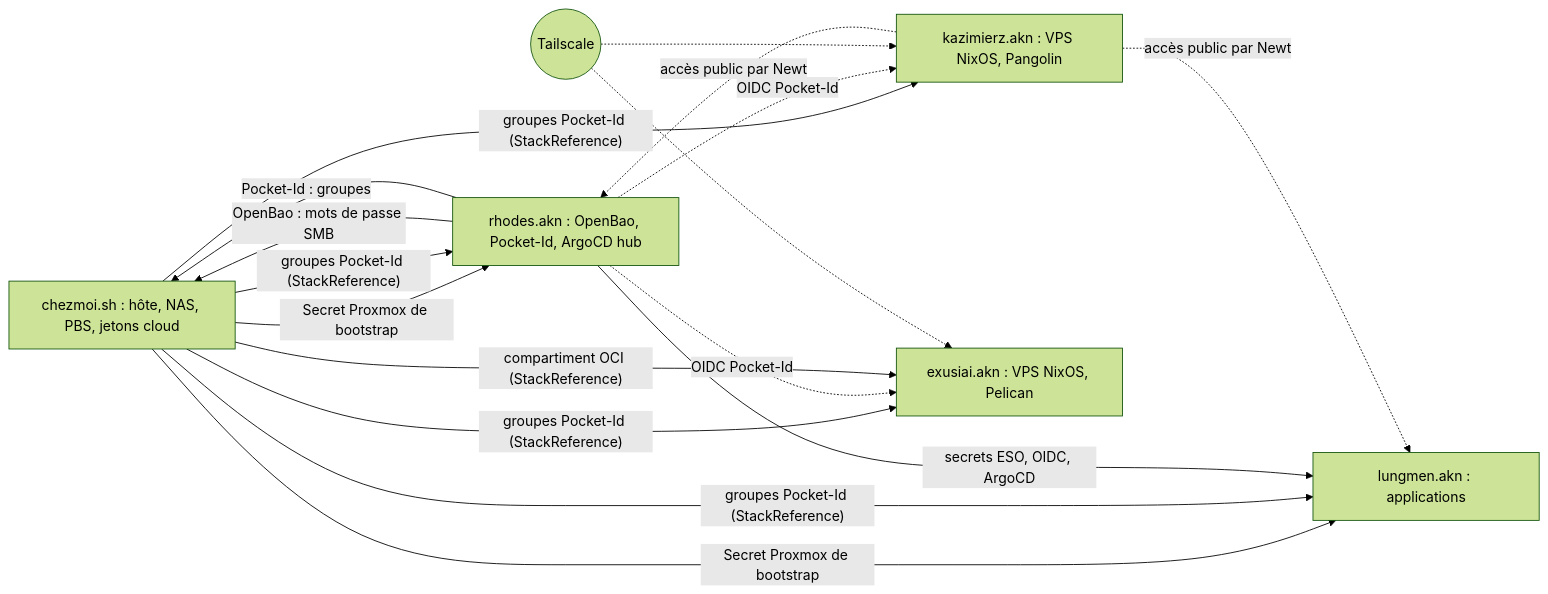
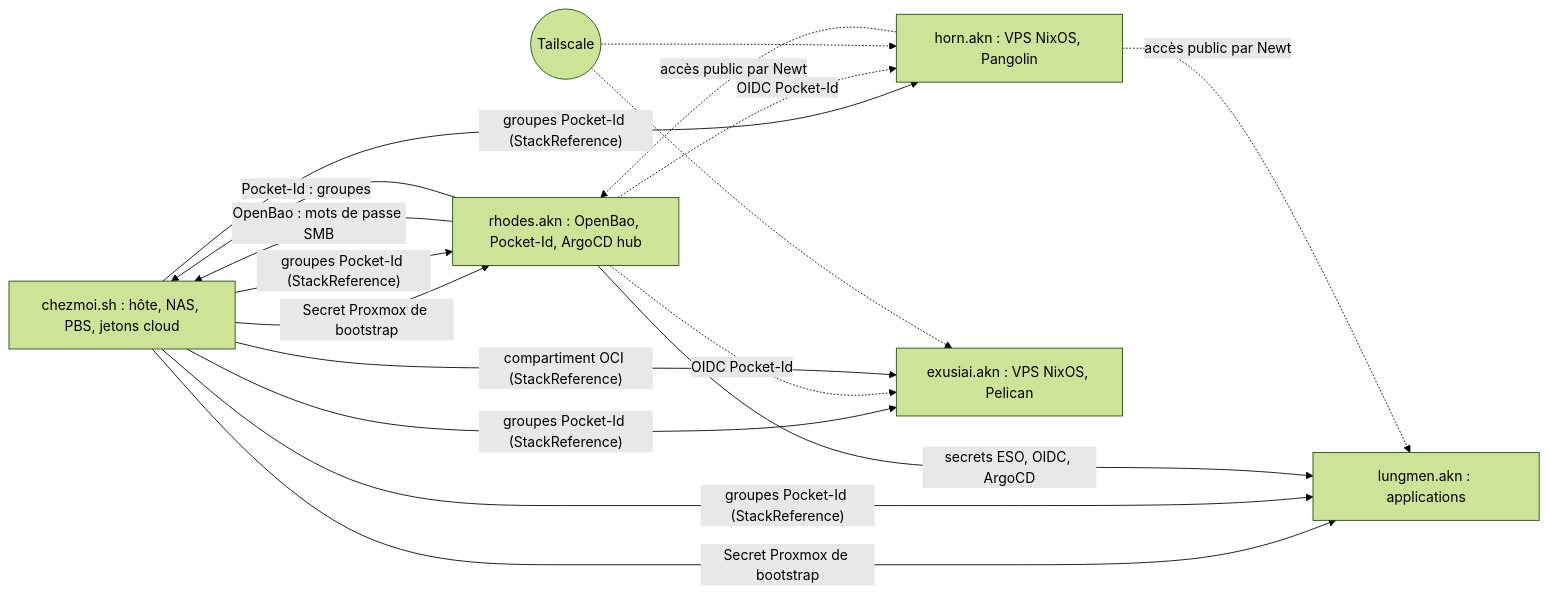
The second of 2 diagrams in docs/plan-de-reprise/brouillon/Plan-de-Reprise-apres-Sinistre.md (chezmoidotsh/arcane), drawn with Mermaid (forest theme) before and after one commit. The commit also changed other lines of this file and 84 other files, not shown here.

First line of the commit message:
>[fleet:horn.akn,project:kazimierz.akn,catalog:pulumi]: Move kazimierz to fleet/hosts/akn.horn

````diff
--- a/docs/plan-de-reprise/brouillon/Plan-de-Reprise-apres-Sinistre.md
+++ b/docs/plan-de-reprise/brouillon/Plan-de-Reprise-apres-Sinistre.md
@@ -86,19 +86,19 @@
 ```mermaid
 flowchart LR
   CZ["chezmoi.sh : hôte, NAS, PBS, jetons cloud"] -->|"Secret Proxmox de bootstrap"| RH
   CZ -->|"Secret Proxmox de bootstrap"| LG
   CZ -->|"groupes Pocket-Id (StackReference)"| RH
   CZ -->|"groupes Pocket-Id (StackReference)"| LG
   CZ -->|"groupes Pocket-Id (StackReference)"| KZ
   CZ -->|"groupes Pocket-Id (StackReference)"| RB
   RH["rhodes.akn : OpenBao, Pocket-Id, ArgoCD hub"] -->|"secrets ESO, OIDC, ArgoCD"| LG["lungmen.akn : applications"]
   RH -->|"OpenBao : mots de passe SMB"| CZ
   RH -->|"Pocket-Id : groupes"| CZ
-  RH -.->|"OIDC Pocket-Id"| KZ["kazimierz.akn : VPS NixOS, Pangolin"]
+  RH -.->|"OIDC Pocket-Id"| KZ["horn.akn : VPS NixOS, Pangolin"]
   RH -.->|"OIDC Pocket-Id"| RB["exusiai.akn : VPS NixOS, Pelican"]
   CZ -->|"compartiment OCI (StackReference)"| RB
   KZ -.->|"accès public par Newt"| RH
   KZ -.->|"accès public par Newt"| LG
   TS(("Tailscale")) -.-> KZ
   TS -.-> RB
 ```
````
